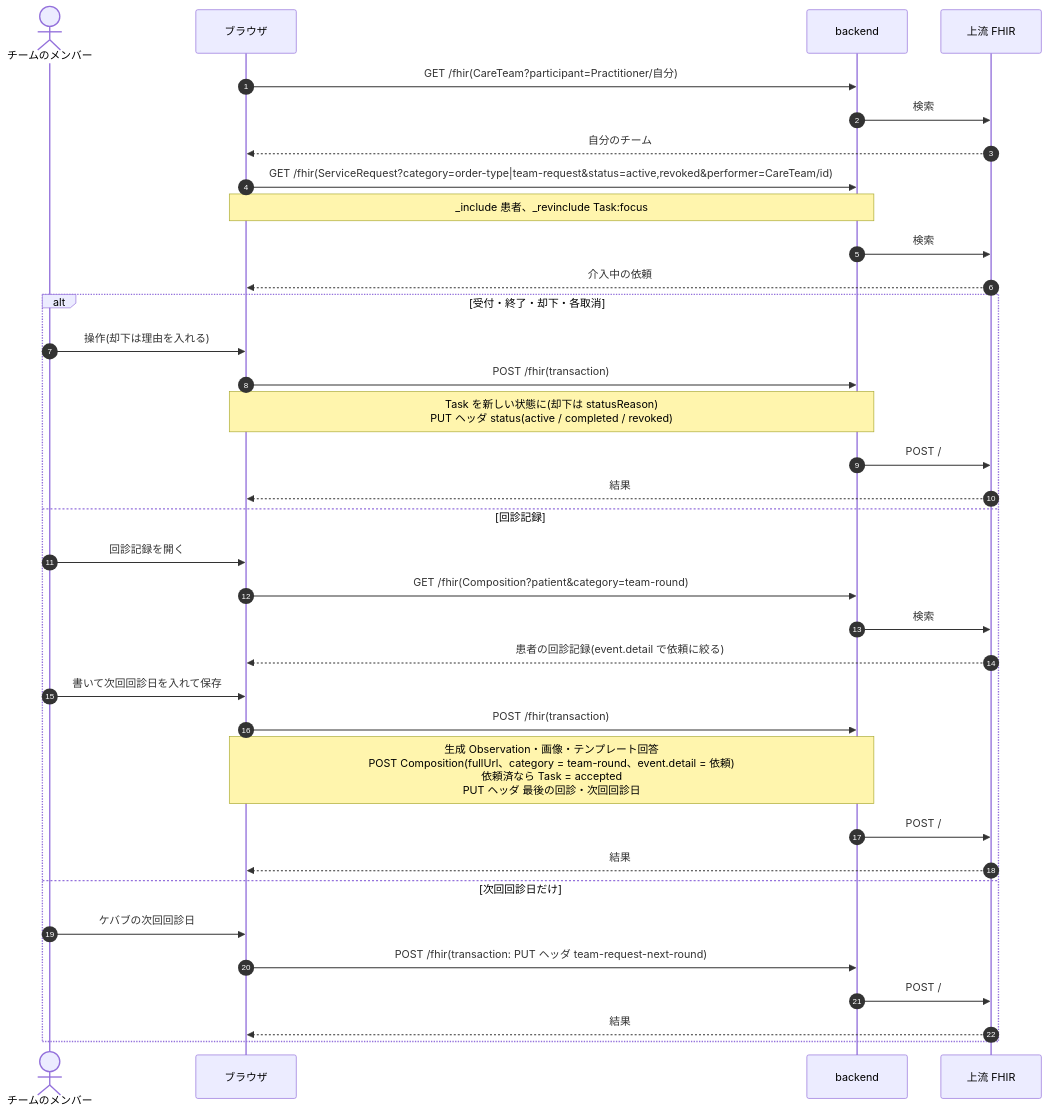
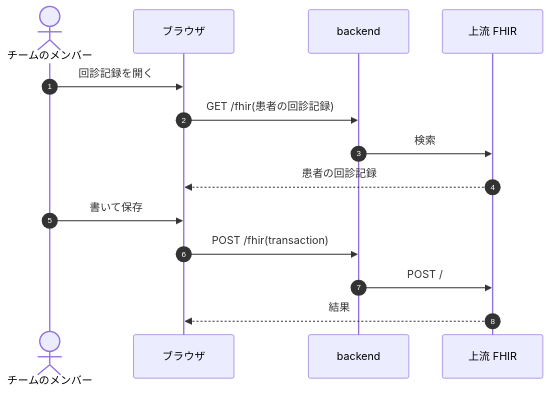
Before and after one commit to ysnr-dev/fhir-client-docs: the ninth of 11 diagrams in docs/dev/consult-team.md, drawn with Mermaid. The commit also changed other lines of this file and 43 other files, not shown here.

Commit message:
docs: 業務フローとシーケンス図を写し直し

````diff
--- a/docs/dev/consult-team.md
+++ b/docs/dev/consult-team.md
@@ -151,38 +315,17 @@
 ```mermaid
 sequenceDiagram
   autonumber
   actor Mem as チームのメンバー
   participant UI as ブラウザ
   participant BE as backend
   participant FHIR as 上流 FHIR
 
-  UI->>BE: GET /fhir(CareTeam?participant=Practitioner/自分)
+  Mem->>UI: 回診記録を開く
+  UI->>BE: GET /fhir(患者の回診記録)
   BE->>FHIR: 検索
-  FHIR-->>UI: 自分のチーム
-  UI->>BE: GET /fhir(ServiceRequest?category=order-type|team-request&status=active,revoked&performer=CareTeam/id)
-  Note over UI,BE: _include 患者、_revinclude Task:focus
-  BE->>FHIR: 検索
-  FHIR-->>UI: 介入中の依頼
-  alt 受付・終了・却下・各取消
-    Mem->>UI: 操作(却下は理由を入れる)
-    UI->>BE: POST /fhir(transaction)
-    Note over UI,BE: Task を新しい状態に(却下は statusReason)<br/>PUT ヘッダ status(active / completed / revoked)
-    BE->>FHIR: POST /
-    FHIR-->>UI: 結果
-  else 回診記録
-    Mem->>UI: 回診記録を開く
-    UI->>BE: GET /fhir(Composition?patient&category=team-round)
-    BE->>FHIR: 検索
-    FHIR-->>UI: 患者の回診記録(event.detail で依頼に絞る)
-    Mem->>UI: 書いて次回回診日を入れて保存
-    UI->>BE: POST /fhir(transaction)
-    Note over UI,BE: 生成 Observation・画像・テンプレート回答<br/>POST Composition(fullUrl、category = team-round、event.detail = 依頼)<br/>依頼済なら Task = accepted<br/>PUT ヘッダ 最後の回診・次回回診日
-    BE->>FHIR: POST /
-    FHIR-->>UI: 結果
-  else 次回回診日だけ
-    Mem->>UI: ケバブの次回回診日
-    UI->>BE: POST /fhir(transaction: PUT ヘッダ team-request-next-round)
-    BE->>FHIR: POST /
-    FHIR-->>UI: 結果
-  end
+  FHIR-->>UI: 患者の回診記録
+  Mem->>UI: 書いて保存
+  UI->>BE: POST /fhir(transaction)
+  BE->>FHIR: POST /
+  FHIR-->>UI: 結果
 ```
````
